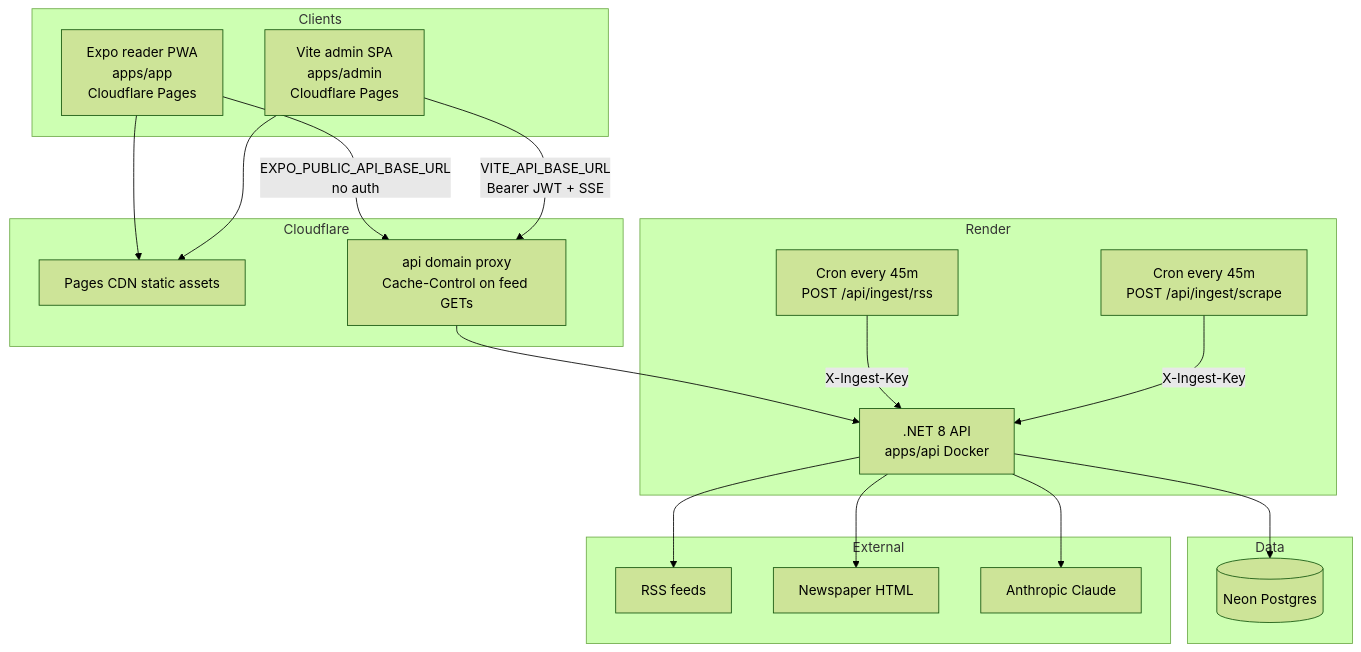
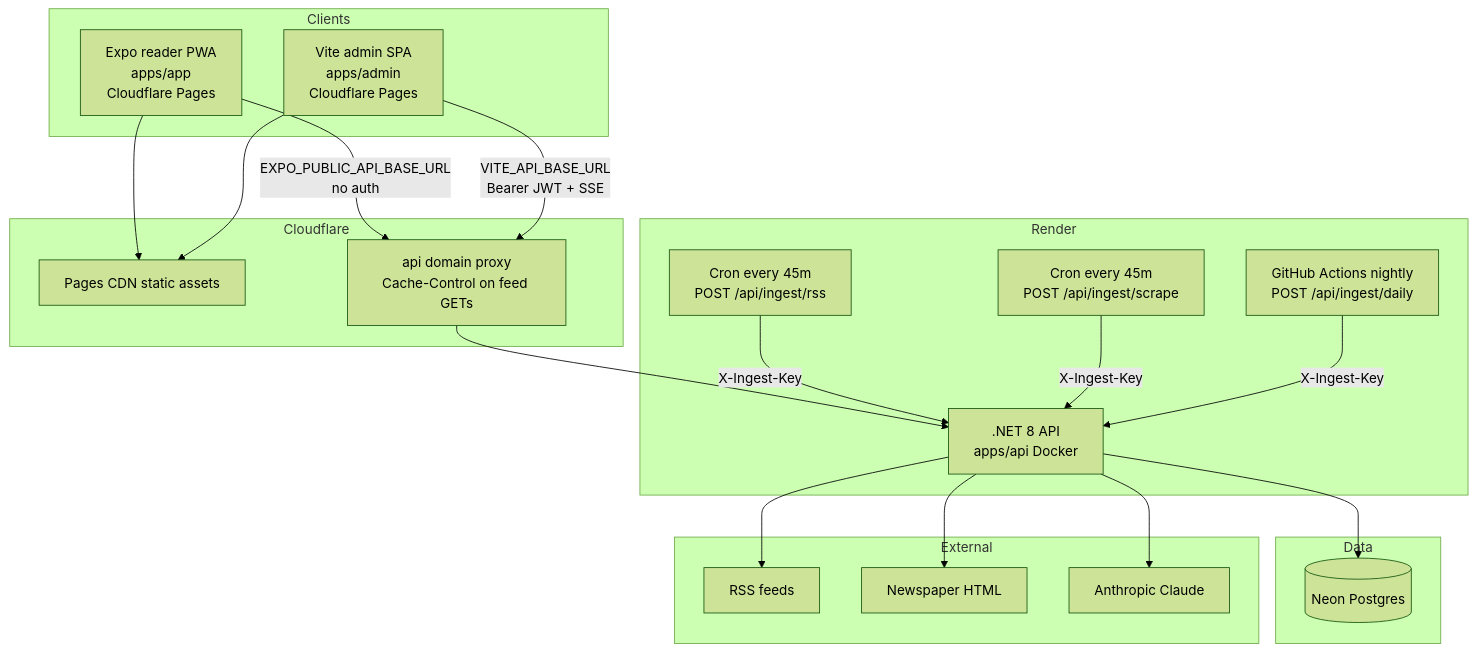
The first of 3 diagrams in docs/architecture/00-system-overview.md (sshivanshg/TAZAkhabar), drawn with Mermaid (forest theme) before and after one commit. The commit also changed other lines of this file and 5 other files, not shown here.

Commit message:
Move nightly ingest scheduling to GitHub Actions

````diff
--- a/docs/architecture/00-system-overview.md
+++ b/docs/architecture/00-system-overview.md
@@ -17,40 +17,42 @@
 ```mermaid
 flowchart TB
   subgraph clients [Clients]
     Reader[Expo reader PWA<br/>apps/app<br/>Cloudflare Pages]
     Admin[Vite admin SPA<br/>apps/admin<br/>Cloudflare Pages]
   end
 
   subgraph edge [Cloudflare]
     CDN[Pages CDN static assets]
     APICF[api domain proxy<br/>Cache-Control on feed GETs]
   end
 
   subgraph compute [Render]
     API[.NET 8 API<br/>apps/api Docker]
     CronRSS[Cron every 45m<br/>POST /api/ingest/rss]
     CronScrape[Cron every 45m<br/>POST /api/ingest/scrape]
+    GHA[GitHub Actions nightly<br/>POST /api/ingest/daily]
   end
 
   subgraph data [Data]
     Neon[(Neon Postgres)]
   end
 
   subgraph external [External]
     RSS[RSS feeds]
     HTML[Newspaper HTML]
     Claude[Anthropic Claude]
   end
 
   Reader --> CDN
   Admin --> CDN
   Reader -->|EXPO_PUBLIC_API_BASE_URL<br/>no auth| APICF
   Admin -->|VITE_API_BASE_URL<br/>Bearer JWT + SSE| APICF
   APICF --> API
   CronRSS -->|X-Ingest-Key| API
   CronScrape -->|X-Ingest-Key| API
+  GHA -->|X-Ingest-Key| API
   API --> Neon
   API --> RSS
   API --> HTML
   API --> Claude
 ```
````
